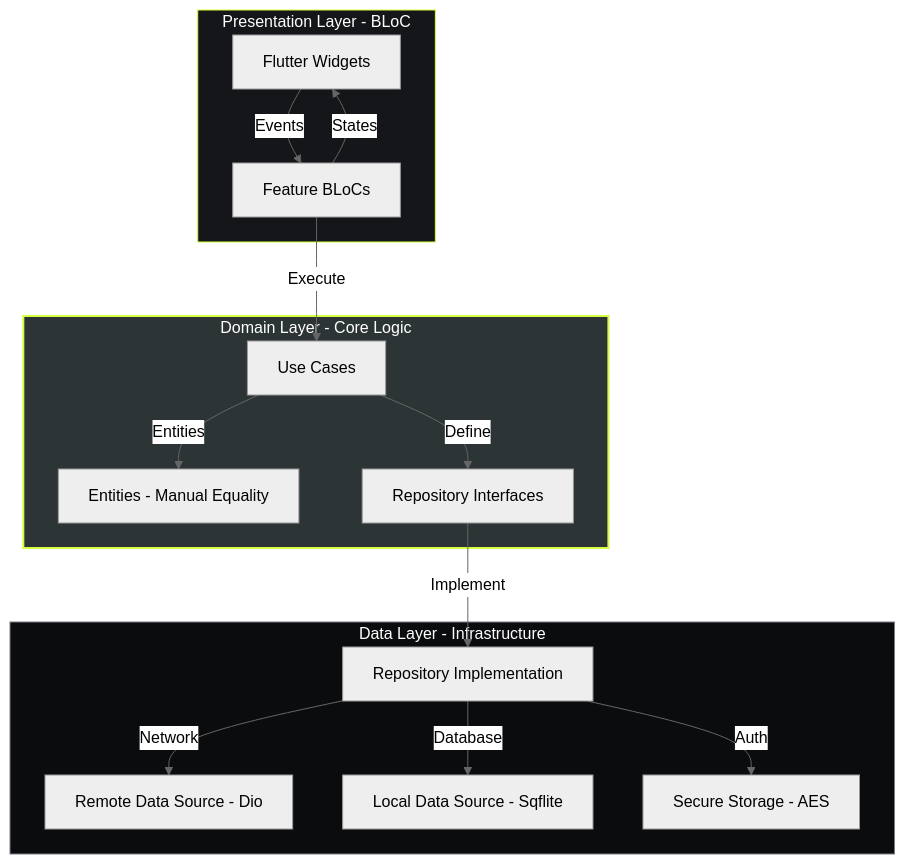
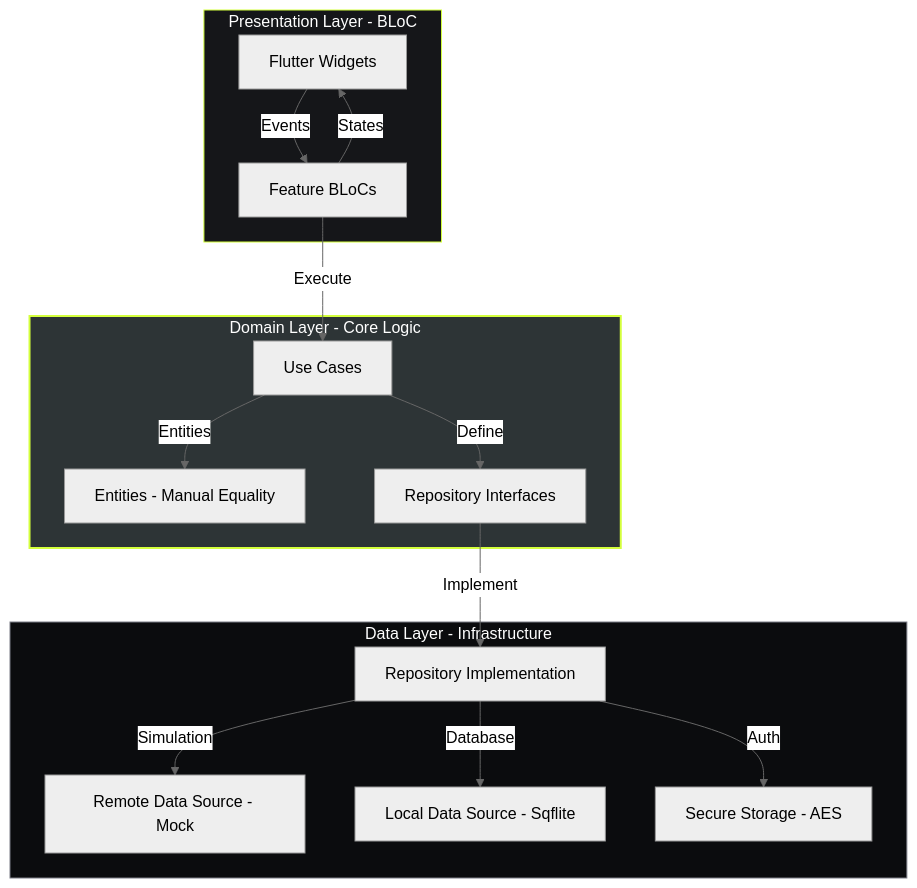
The first of 2 diagrams in README.md (ishaque-dev/grubpac), drawn with Mermaid (neutral theme) before and after one commit. The commit also changed other lines of this file, not shown here.

````diff
--- a/README.md
+++ b/README.md
@@ -11,24 +11,24 @@
 ```mermaid
 graph TD
     subgraph Presentation [Presentation Layer - BLoC]
         UI[Flutter Widgets] -->|Events| BLOC[Feature BLoCs]
         BLOC -->|States| UI
     end
 
     subgraph Domain [Domain Layer - Core Logic]
         BLOC -->|Execute| UC[Use Cases]
         UC -->|Entities| E[Entities - Manual Equality]
         UC -->|Define| RI[Repository Interfaces]
     end
 
     subgraph Data [Data Layer - Infrastructure]
         RI -->|Implement| R[Repository Implementation]
-        R -->|Network| RDS[Remote Data Source - Dio]
+        R -->|Simulation| RDS[Remote Data Source - Mock]
         R -->|Database| LDS[Local Data Source - Sqflite]
         R -->|Auth| SS[Secure Storage - AES]
     end
 
     style Domain fill:#2D3436,stroke:#D4FF3D,stroke-width:2px,color:#fff
     style Data fill:#0B0C0E,stroke:#7A7C85,stroke-width:1px,color:#fff
     style Presentation fill:#151619,stroke:#D4FF3D,stroke-width:1px,color:#fff
 ```
````
